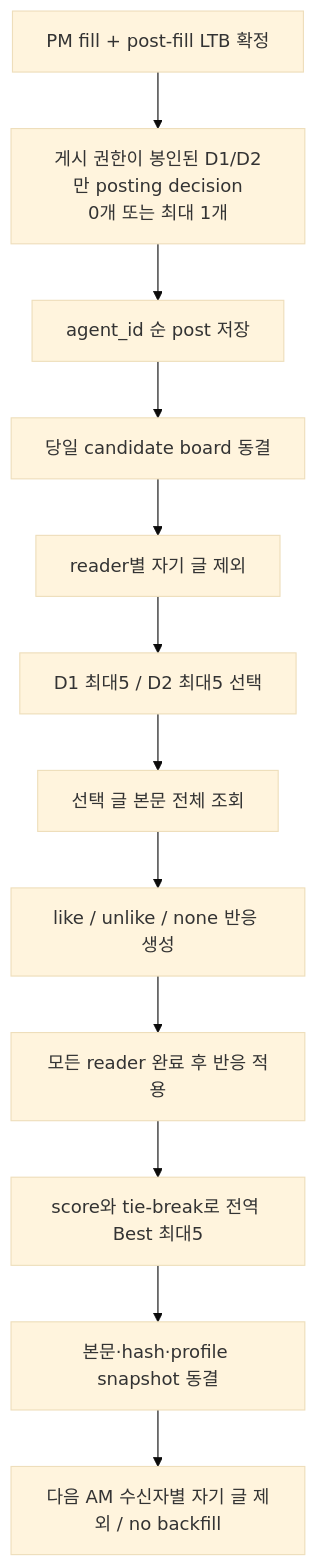
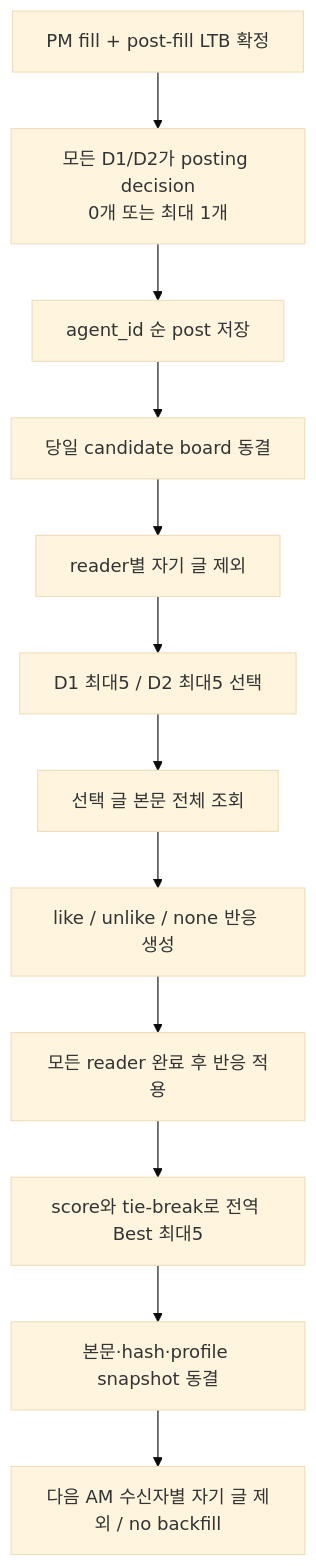
Before and after one commit to ujlee1661/2026_AICP_ver5.0: the fourth of 5 diagrams in ARCHITECTURE.md, drawn with Mermaid (base theme). The commit also changed other lines of this file and 15 other files, not shown here.

````diff
--- a/ARCHITECTURE.md
+++ b/ARCHITECTURE.md
@@ -804,14 +804,14 @@
 ```mermaid
 flowchart TD
-    A["PM fill + post-fill LTB 확정"] --> B["게시 권한이 봉인된 D1/D2만 posting decision<br/>0개 또는 최대 1개"]
+    A["PM fill + post-fill LTB 확정"] --> B["모든 D1/D2가 posting decision<br/>0개 또는 최대 1개"]
     B --> C["agent_id 순 post 저장"]
     C --> D["당일 candidate board 동결"]
     D --> E["reader별 자기 글 제외"]
     E --> F["D1 최대5 / D2 최대5 선택"]
     F --> G["선택 글 본문 전체 조회"]
     G --> H["like / unlike / none 반응 생성"]
     H --> I["모든 reader 완료 후 반응 적용"]
     I --> J["score와 tie-break로 전역 Best 최대5"]
     J --> K["본문·hash·profile snapshot 동결"]
     K --> L["다음 AM 수신자별 자기 글 제외 / no backfill"]
 ```
````
